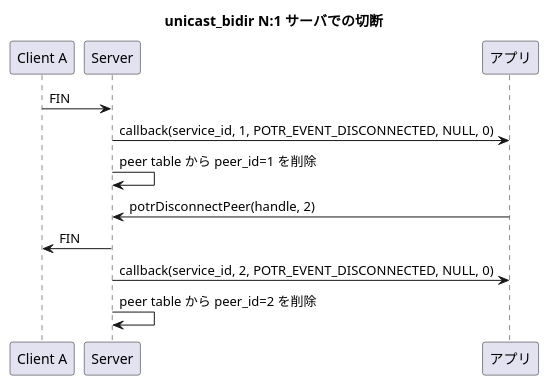
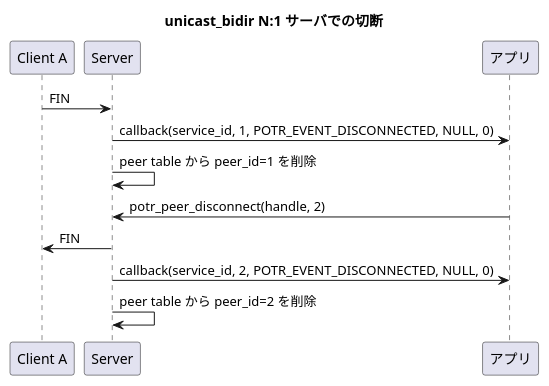
One commit to Hondarer/app_porter changed diagram 20 of 30 in docs/sequence.md. Above: the diagram before and after it, drawn with PlantUML. The commit also changed other lines of this file and 148 other files, not shown here.

````diff
--- a/docs/sequence.md
+++ b/docs/sequence.md
@@ -746,18 +746,18 @@
 ```plantuml
 @startuml unicast_bidir N1 切断
 title unicast_bidir N:1 サーバでの切断
 
 participant "Client A" as CA
 participant "Server" as S
 participant "アプリ" as APP
 
 CA -> S: FIN
 S -> APP: callback(service_id, 1, POTR_EVENT_DISCONNECTED, NULL, 0)
 S -> S: peer table から peer_id=1 を削除
 
-APP -> S: potrDisconnectPeer(handle, 2)
+APP -> S: potr_peer_disconnect(handle, 2)
 S -> CA: FIN
 S -> APP: callback(service_id, 2, POTR_EVENT_DISCONNECTED, NULL, 0)
 S -> S: peer table から peer_id=2 を削除
 @enduml
 ```
````
